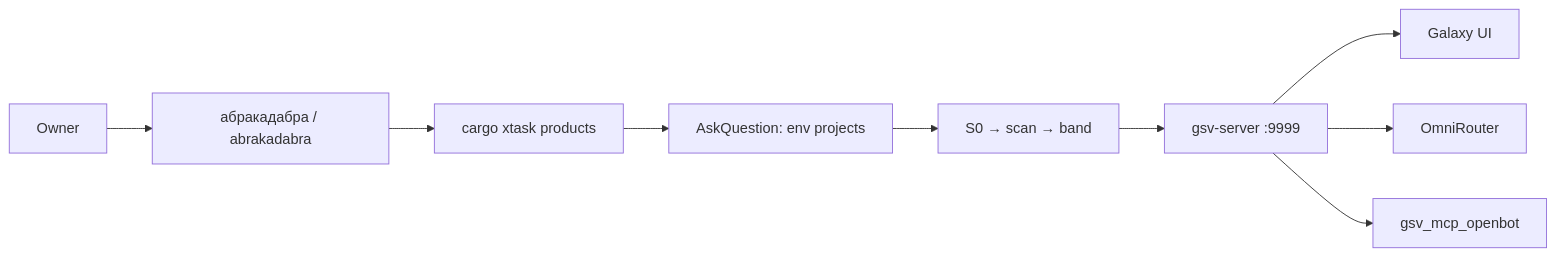
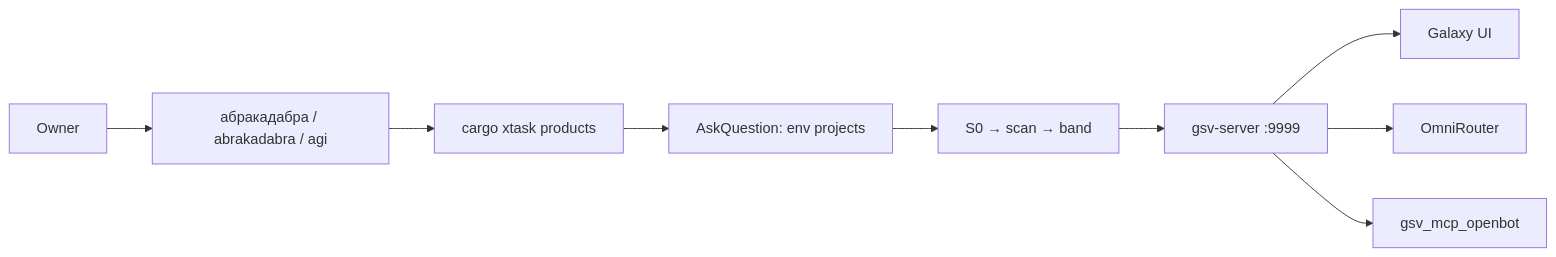
One commit to platinoff/GSV changed the diagram in README.md. Above: the diagram before and after it, drawn with Mermaid. The commit also changed 20 other files, not shown here.

````diff
--- a/README.md
+++ b/README.md
@@ -129,11 +129,11 @@
 ```mermaid
 flowchart LR
-  Owner[Owner] --> Ask["абракадабра / abrakadabra"]
+  Owner[Owner] --> Ask["абракадабра / abrakadabra / agi"]
   Ask --> Scan[cargo xtask products]
   Scan --> Pick[AskQuestion: env projects]
   Pick --> Drain[S0 → scan → band]
   Drain --> GSV[gsv-server :9999]
   GSV --> UI[Galaxy UI]
   GSV --> Omni[OmniRouter]
   GSV --> MCP[gsv_mcp_openbot]
 ```
````
